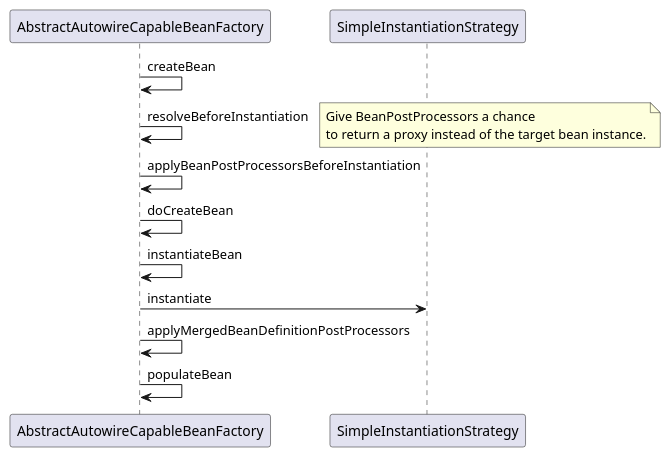
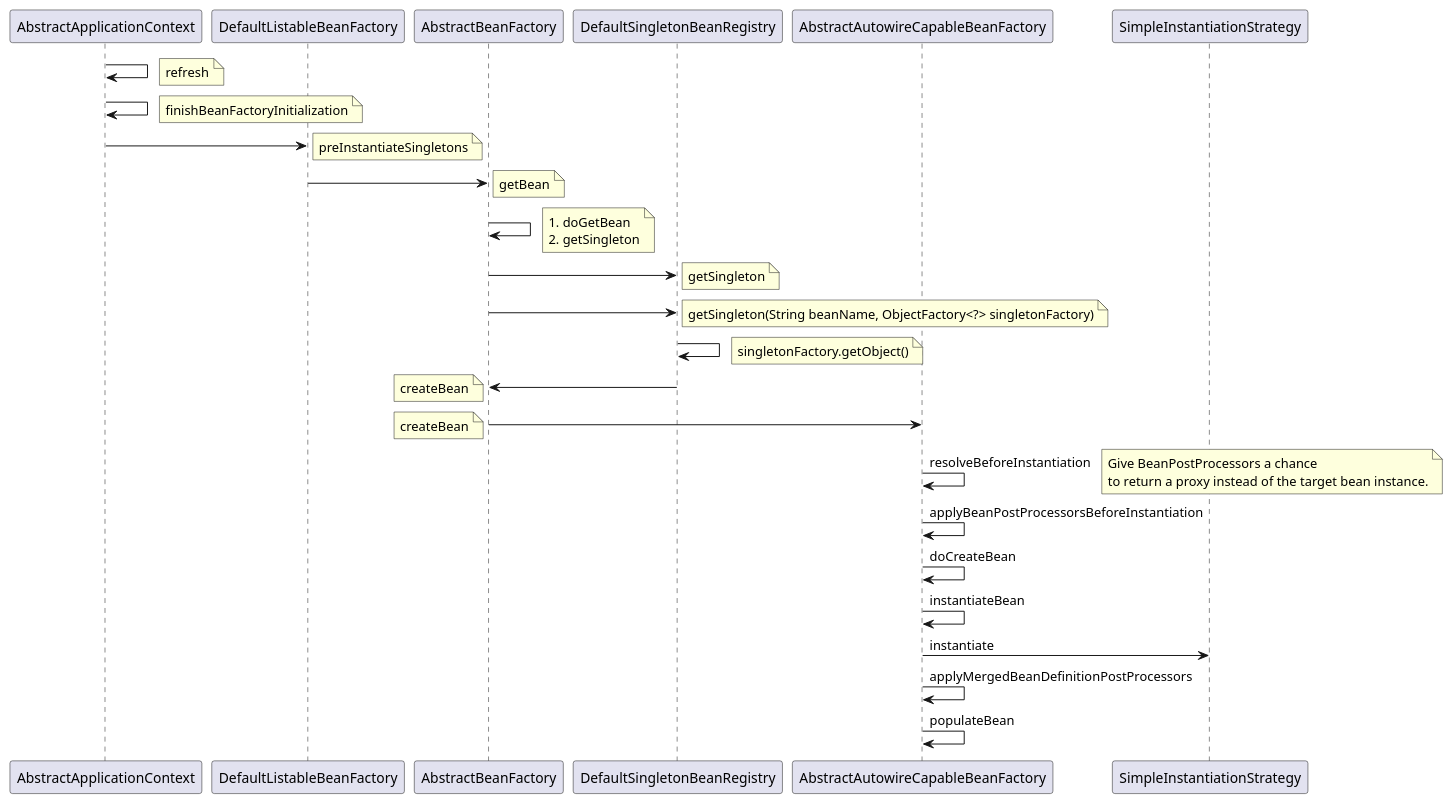
Before and after one commit to litoujkl/learn-spring: the diagram in docs/createBean.puml, drawn with PlantUML. The commit also changed 2 other files, not shown here.

```diff
--- a/docs/createBean.puml
+++ b/docs/createBean.puml
@@ -1,24 +1,72 @@
 @startuml
+AbstractApplicationContext -> AbstractApplicationContext
+note right
+refresh
+end note
 
-AbstractAutowireCapableBeanFactory -> AbstractAutowireCapableBeanFactory: createBean
+AbstractApplicationContext -> AbstractApplicationContext
+note right
+finishBeanFactoryInitialization
+end note
+
+AbstractApplicationContext -> DefaultListableBeanFactory
+note right
+preInstantiateSingletons
+end note
+
+DefaultListableBeanFactory -> AbstractBeanFactory
+note right
+getBean
+end note
+
+AbstractBeanFactory -> AbstractBeanFactory
+note right
+1. doGetBean
+2. getSingleton
+end note
+
+AbstractBeanFactory -> DefaultSingletonBeanRegistry
+note right
+getSingleton
+end note
+
+AbstractBeanFactory -> DefaultSingletonBeanRegistry
+note right
+getSingleton(String beanName, ObjectFactory<?> singletonFactory)
+end note
+
+DefaultSingletonBeanRegistry -> DefaultSingletonBeanRegistry
+note right
+singletonFactory.getObject()
+end note
+
+DefaultSingletonBeanRegistry -> AbstractBeanFactory
+note left
+createBean
+end note
+
+AbstractBeanFactory -> AbstractAutowireCapableBeanFactory
+note left
+createBean
+end note
 
 AbstractAutowireCapableBeanFactory -> AbstractAutowireCapableBeanFactory: resolveBeforeInstantiation
 note right
 Give BeanPostProcessors a chance
 to return a proxy instead of the target bean instance.
 end note
 
 AbstractAutowireCapableBeanFactory -> AbstractAutowireCapableBeanFactory: applyBeanPostProcessorsBeforeInstantiation
 
 AbstractAutowireCapableBeanFactory -> AbstractAutowireCapableBeanFactory: doCreateBean
 
 AbstractAutowireCapableBeanFactory -> AbstractAutowireCapableBeanFactory: instantiateBean
 
 AbstractAutowireCapableBeanFactory -> SimpleInstantiationStrategy: instantiate
 
 AbstractAutowireCapableBeanFactory -> AbstractAutowireCapableBeanFactory: applyMergedBeanDefinitionPostProcessors
 
 AbstractAutowireCapableBeanFactory -> AbstractAutowireCapableBeanFactory: populateBean
 
 
 @enduml
```
